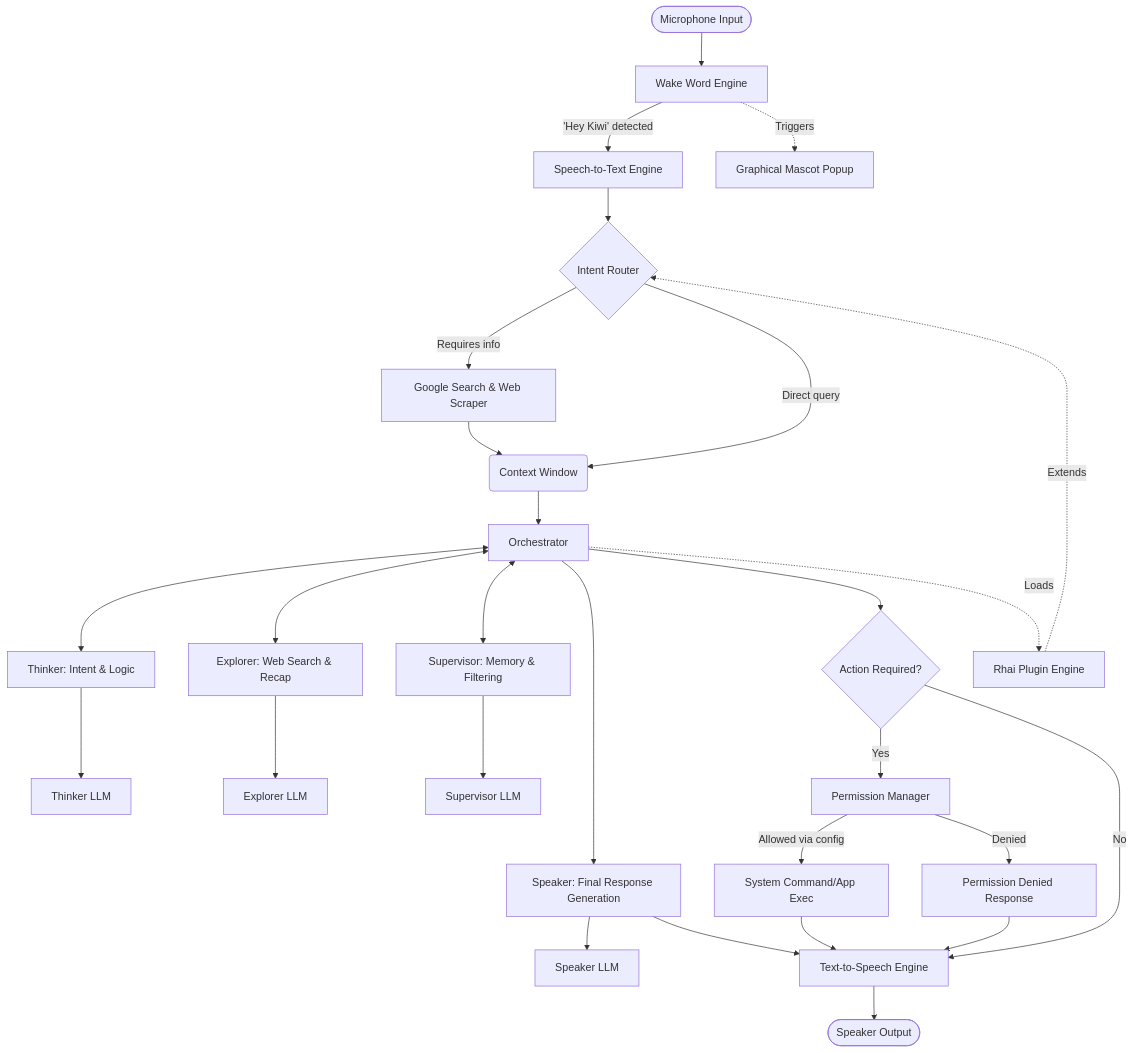
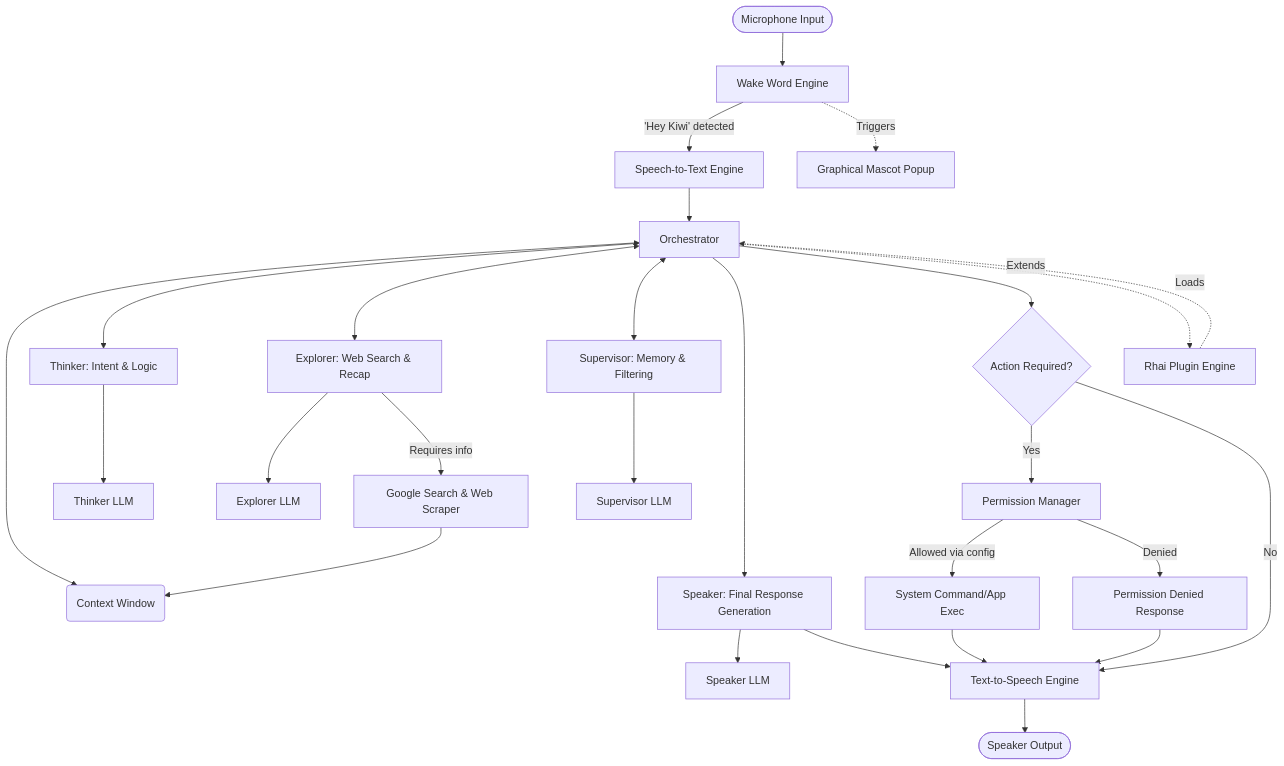
Before and after one commit to mmoehabb/kiwi: the diagram in ARCH.md, drawn with Mermaid.

Commit message:
docs: update architecture diagram to reflect IntentRouter deprecation
- Removed the dedicated `IntentRouter` node from the Mermaid diagram.
- Routed `Speech-to-Text Engine` directly to the `Orchestrator`.
- Re-routed search capabilities ("Requires info") directly through `Explorer`.
- Updated plugin extensions to point to `Orchestrator` instead of the old `Router`.

````diff
--- a/ARCH.md
+++ b/ARCH.md
@@ -9,45 +9,44 @@
 ```mermaid
 graph TD
     %% Input Layer
     Mic([Microphone Input]) --> WW[Wake Word Engine]
 
     %% Processing Pipeline
     WW -- "'Hey Kiwi' detected" --> STT[Speech-to-Text Engine]
-    STT --> Router{Intent Router}
-
-    %% Context & Tools
-    Router -- "Requires info" --> Search[Google Search & Web Scraper]
-    Search --> Context(Context Window)
-    Router -- "Direct query" --> Context
+    STT --> Orchestrator
 
     %% Core Intelligence (Multi-Agent System)
-    Context --> Orchestrator
+    Orchestrator <--> Context(Context Window)
     Orchestrator <--> Thinker[Thinker: Intent & Logic]
     Orchestrator <--> Explorer[Explorer: Web Search & Recap]
     Orchestrator <--> Supervisor[Supervisor: Memory & Filtering]
     Orchestrator --> SpeakerAgent[Speaker: Final Response Generation]
 
     Thinker --> LLM_Think[Thinker LLM]
     Explorer --> LLM_Expl[Explorer LLM]
     Supervisor --> LLM_Sup[Supervisor LLM]
     SpeakerAgent --> LLM_Speak[Speaker LLM]
+
+    %% Context & Tools
+    Explorer -- "Requires info" --> Search[Google Search & Web Scraper]
+    Search --> Context
 
     %% Execution & Extensibility
     Orchestrator --> Exec{Action Required?}
     Exec -- "Yes" --> Perm[Permission Manager]
     Perm -- "Allowed via config" --> Command[System Command/App Exec]
     Perm -- "Denied" --> DeniedMsg[Permission Denied Response]
 
     Exec -- "No" --> TTS[Text-to-Speech Engine]
     SpeakerAgent --> TTS
     Command --> TTS
     DeniedMsg --> TTS
 
     %% Output Layer
     TTS --> Speaker([Speaker Output])
 
     %% GUI & Plugins
     WW -. "Triggers" .-> GUI[Graphical Mascot Popup]
     Orchestrator -. "Loads" .-> Plugins[Rhai Plugin Engine]
-    Plugins -. "Extends" .-> Router
+    Plugins -. "Extends" .-> Orchestrator
 ```
````
